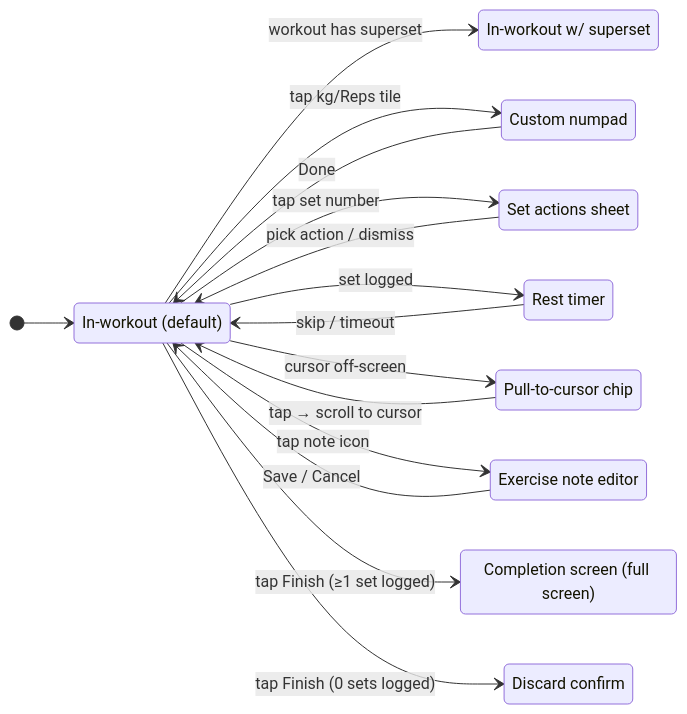
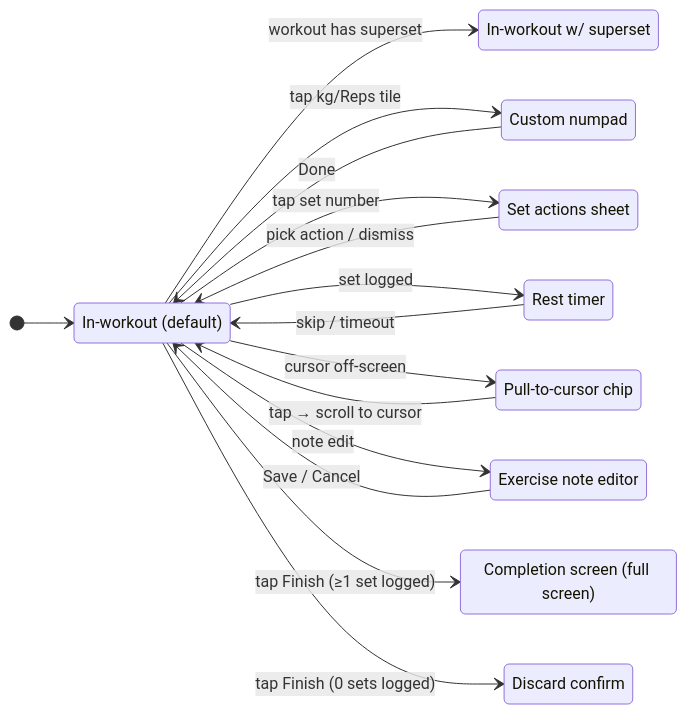
The fourth of 6 diagrams in docs/wireframes/flow.md (MaxKibets/kachka), drawn with Mermaid before and after one commit. The commit also changed other lines of this file and 3 other files, not shown here.

````diff
--- a/docs/wireframes/flow.md
+++ b/docs/wireframes/flow.md
@@ -166,28 +166,28 @@
 ```mermaid
 stateDiagram-v2
     direction LR
     [*] --> InWorkout
     InWorkout --> InWorkoutSS: workout has superset
     InWorkout --> Numpad: tap kg/Reps tile
     InWorkout --> SetActions: tap set number
     InWorkout --> RestTimer: set logged
     InWorkout --> PullToCursor: cursor off-screen
-    InWorkout --> NoteEditor: tap note icon
+    InWorkout --> NoteEditor: note edit
     Numpad --> InWorkout: Done
     SetActions --> InWorkout: pick action / dismiss
     RestTimer --> InWorkout: skip / timeout
     PullToCursor --> InWorkout: tap → scroll to cursor
     NoteEditor --> InWorkout: Save / Cancel
     InWorkout --> CompletionScreen: tap Finish (≥1 set logged)
     InWorkout --> ConfirmDiscard: tap Finish (0 sets logged)
 
     state "In-workout (default)" as InWorkout
     state "In-workout w/ superset" as InWorkoutSS
     state "Custom numpad" as Numpad
     state "Set actions sheet" as SetActions
     state "Rest timer" as RestTimer
     state "Pull-to-cursor chip" as PullToCursor
     state "Exercise note editor" as NoteEditor
     state "Completion screen (full screen)" as CompletionScreen
     state "Discard confirm" as ConfirmDiscard
 ```
````
